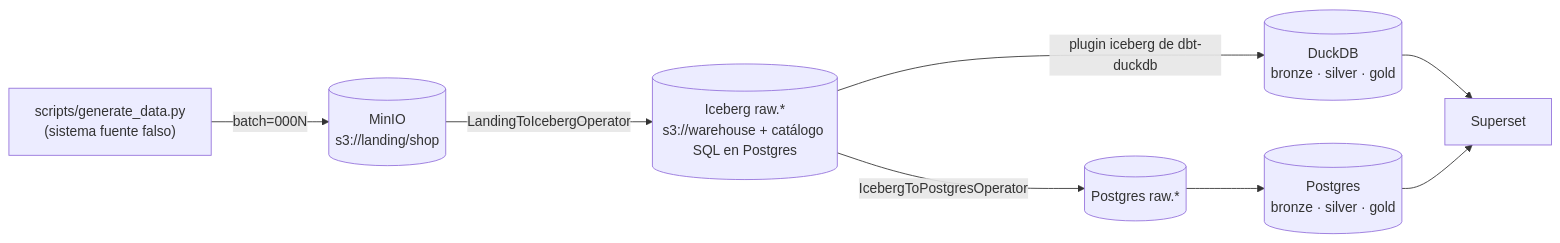
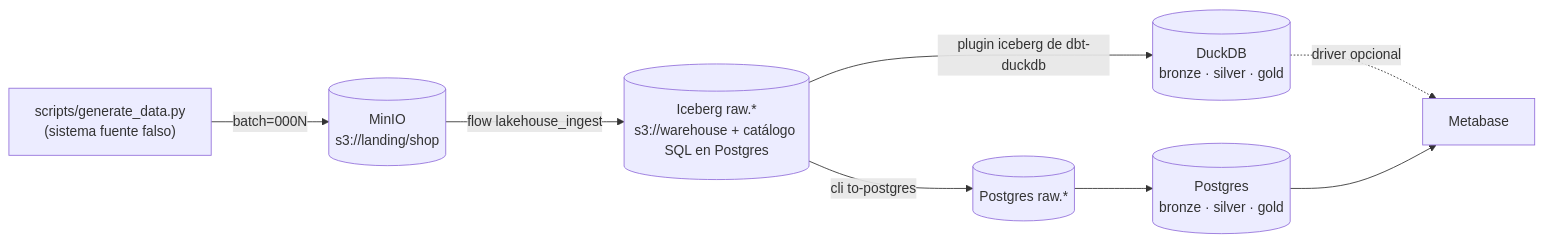
The first of 2 diagrams in README.md (aoelvp94/lewagon-iceberg-lakehouse), drawn with Mermaid before and after one commit. The commit also changed other lines of this file and 28 other files, not shown here.

First line of the commit message:
Kestra flavour: YAML flows with Docker task runner, Flow triggers, DbtCLI, Metabase bootstrap

````diff
--- a/README.md
+++ b/README.md
@@ -21,10 +21,10 @@
 ```mermaid
 flowchart LR
     gen["scripts/generate_data.py<br/>(sistema fuente falso)"] -->|batch=000N| landing[(MinIO<br/>s3://landing/shop)]
-    landing -->|LandingToIcebergOperator| raw[(Iceberg raw.*<br/>s3://warehouse + catálogo SQL en Postgres)]
+    landing -->|flow lakehouse_ingest| raw[(Iceberg raw.*<br/>s3://warehouse + catálogo SQL en Postgres)]
     raw -->|plugin iceberg de dbt-duckdb| duck[(DuckDB<br/>bronze · silver · gold)]
-    raw -->|IcebergToPostgresOperator| pgraw[(Postgres raw.*)]
+    raw -->|cli to-postgres| pgraw[(Postgres raw.*)]
     pgraw --> pg[(Postgres<br/>bronze · silver · gold)]
-    duck --> bi[Superset]
+    duck -.->|driver opcional| bi[Metabase]
     pg --> bi
 ```
````
